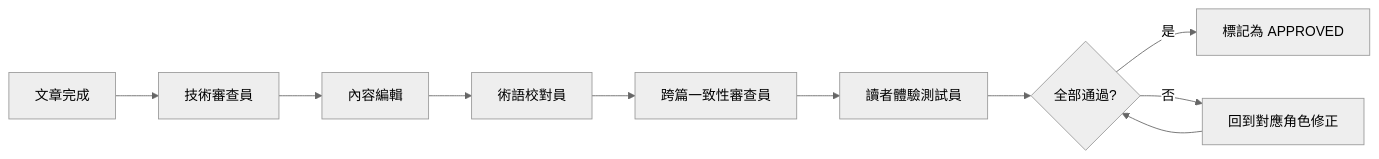
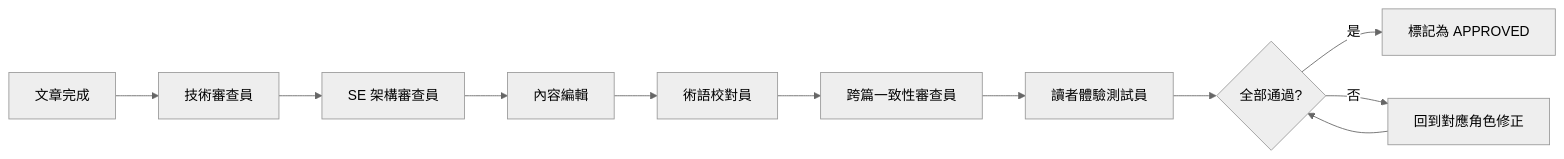
Before and after one commit to CharlieChen0308/LearningNotes: the diagram in EDITORIAL_ROLES.md, drawn with Mermaid (neutral theme). The commit also changed other lines of this file and 466 other files, not shown here.

````diff
--- a/EDITORIAL_ROLES.md
+++ b/EDITORIAL_ROLES.md
@@ -153,12 +206,13 @@
 ```mermaid
 flowchart LR
     A[文章完成] --> B[技術審查員]
-    B --> C[內容編輯]
+    B --> B2[SE 架構審查員]
+    B2 --> C[內容編輯]
     C --> D[術語校對員]
     D --> E[跨篇一致性審查員]
     E --> F[讀者體驗測試員]
     F --> G{全部通過?}
     G -->|是| H[標記為 APPROVED]
     G -->|否| I[回到對應角色修正]
     I --> G
 ```
````
